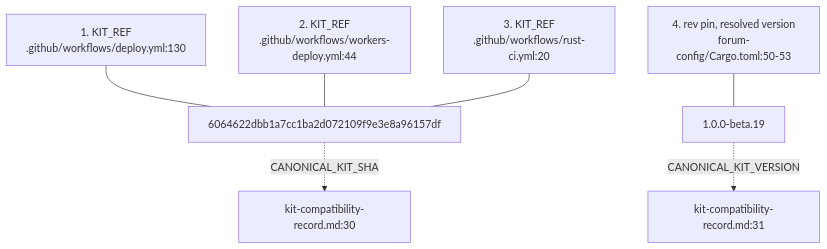
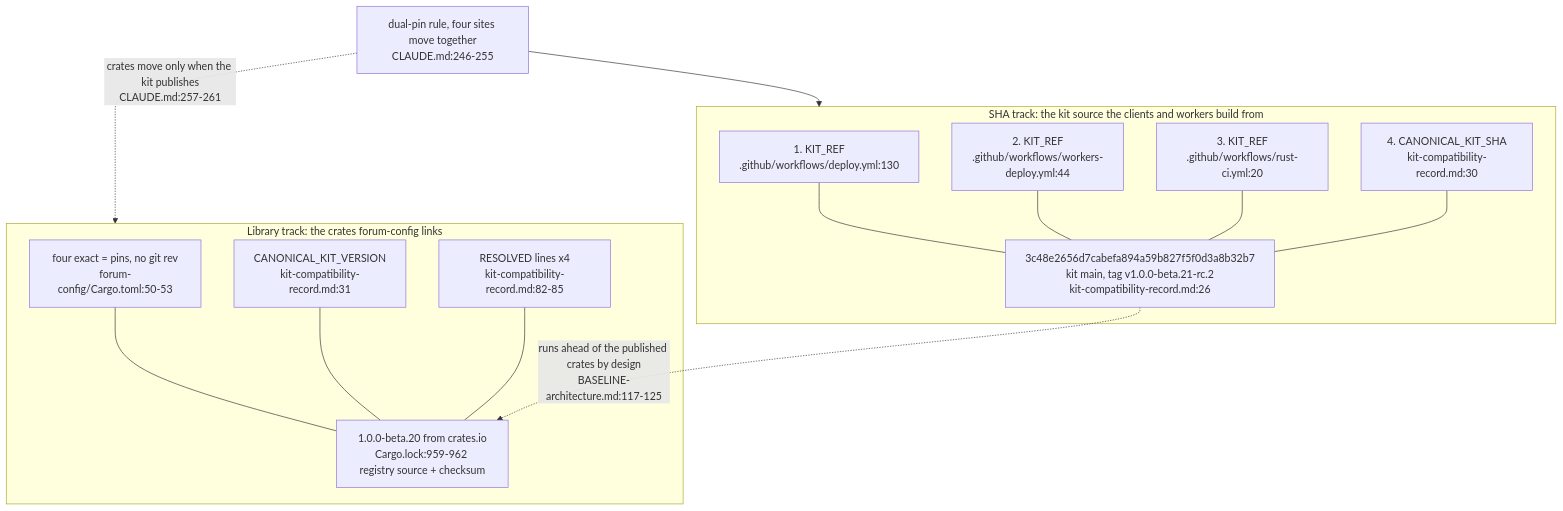
Before and after one commit to DreamLab-AI/VisionFlow: the fourth of 7 diagrams in docs/diagrams/dreamlab-ai-website/01-repo-composition-and-deploy-topology.md, drawn with Mermaid. The commit also changed other lines of this file and 6 other files, not shown here.

First line of the commit message:
docs(diagrams): re-verify dreamlab-ai-website DW-01..06, DW-10 against 567bed6

````diff
--- a/docs/diagrams/dreamlab-ai-website/01-repo-composition-and-deploy-topology.md
+++ b/docs/diagrams/dreamlab-ai-website/01-repo-composition-and-deploy-topology.md
@@ -66,9 +68,18 @@
 ```mermaid
 flowchart TB
-    A["1. KIT_REF<br/>.github/workflows/deploy.yml:130"] --- SHA["6064622dbb1a7cc1ba2d072109f9e3e8a96157df"]
-    B["2. KIT_REF<br/>.github/workflows/workers-deploy.yml:44"] --- SHA
-    C["3. KIT_REF<br/>.github/workflows/rust-ci.yml:20"] --- SHA
-    D["4. rev pin, resolved version<br/>forum-config/Cargo.toml:50-53"] --- VER["1.0.0-beta.19"]
-    SHA -.->|"CANONICAL_KIT_SHA"| REC["kit-compatibility-record.md:30"]
-    VER -.->|"CANONICAL_KIT_VERSION"| REC2["kit-compatibility-record.md:31"]
+    RULE["dual-pin rule, four sites move together<br/>CLAUDE.md:246-255"]
+    subgraph SHAT["SHA track: the kit source the clients and workers build from"]
+        A["1. KIT_REF<br/>.github/workflows/deploy.yml:130"] --- SHA["3c48e2656d7cabefa894a59b827f5f0d3a8b32b7<br/>kit main, tag v1.0.0-beta.21-rc.2<br/>kit-compatibility-record.md:26"]
+        B["2. KIT_REF<br/>.github/workflows/workers-deploy.yml:44"] --- SHA
+        C["3. KIT_REF<br/>.github/workflows/rust-ci.yml:20"] --- SHA
+        D["4. CANONICAL_KIT_SHA<br/>kit-compatibility-record.md:30"] --- SHA
+    end
+    subgraph VERT["Library track: the crates forum-config links"]
+        E["four exact = pins, no git rev<br/>forum-config/Cargo.toml:50-53"] --- VER["1.0.0-beta.20 from crates.io<br/>Cargo.lock:959-962 registry source + checksum"]
+        F["CANONICAL_KIT_VERSION<br/>kit-compatibility-record.md:31"] --- VER
+        G["RESOLVED lines x4<br/>kit-compatibility-record.md:82-85"] --- VER
+    end
+    RULE --> SHAT
+    RULE -.->|"crates move only when the kit publishes<br/>CLAUDE.md:257-261"| VERT
+    SHA -.->|"runs ahead of the published crates by design<br/>BASELINE-architecture.md:117-125"| VER
 ```
````
